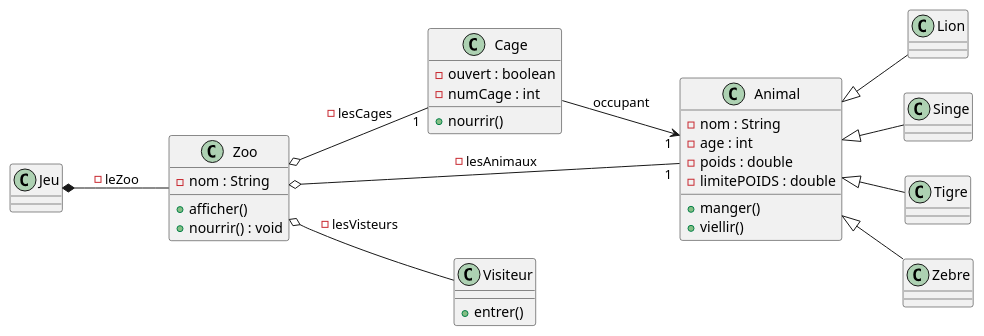
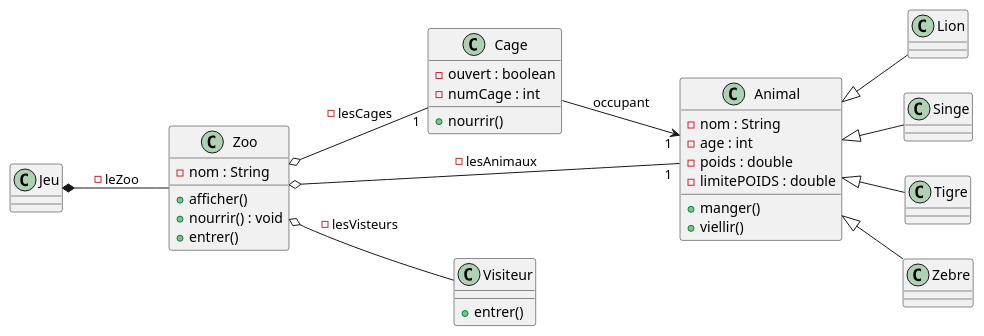
One commit to Idricealy/JeuZoo changed the diagram in src/doc/dcd.md. Above: the diagram before and after it, drawn with PlantUML. The commit also changed 2 other files, not shown here.

Commit message:
Merge branch 'master' of https://github.com/Idricealy/JeuZoo.git

```diff
--- a/src/doc/dcd.md
+++ b/src/doc/dcd.md
@@ -1,51 +1,52 @@
 @startuml
 
 class Zoo{
 - nom : String
 + afficher()
 + nourrir() : void
++ entrer()
 }
 
 class Cage{
 - ouvert : boolean
 - numCage : int
 + nourrir()
 }
 
 class Animal{
 - nom : String
 - age : int
 - poids : double
 - limitePOIDS : double
 + manger()
 + viellir()
 }
 
 class Jeu{}
 
 class Visiteur{
 + entrer()
 }
 
 class Lion{}
 
 class Singe{}
 
 class Tigre{}
 
 class Zebre{}
 
 Animal <|-- Lion
 Animal <|-- Singe
 Animal <|-- Tigre
 Animal <|-- Zebre
 
 
 
 Zoo o-- "1" Cage : - lesCages 
 left to right direction
 Zoo o-- "1" Animal : - lesAnimaux
 Jeu *-- Zoo  : - leZoo
 Cage --> "1"Animal : occupant
 Zoo o-- Visiteur : - lesVisteurs
 @enduml
```
